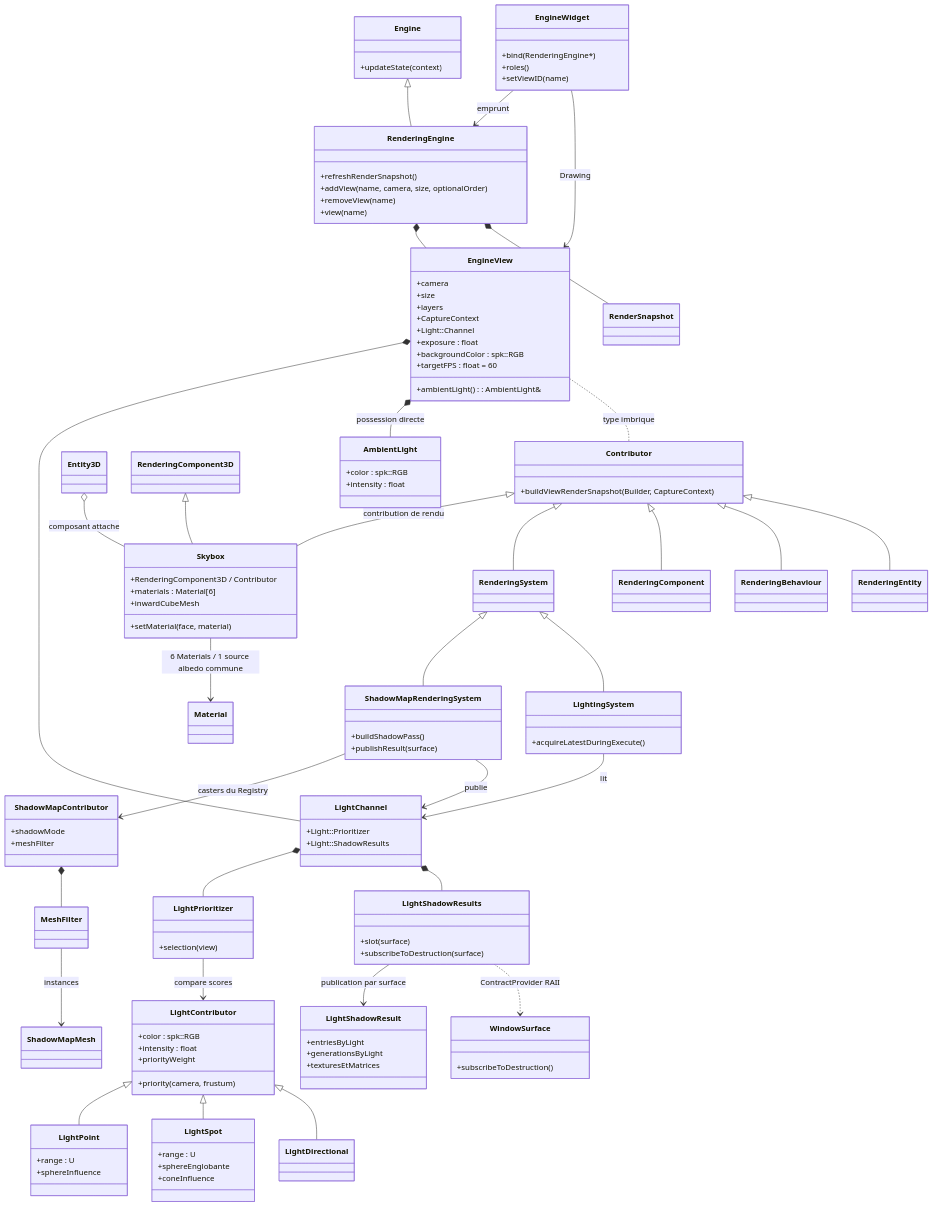
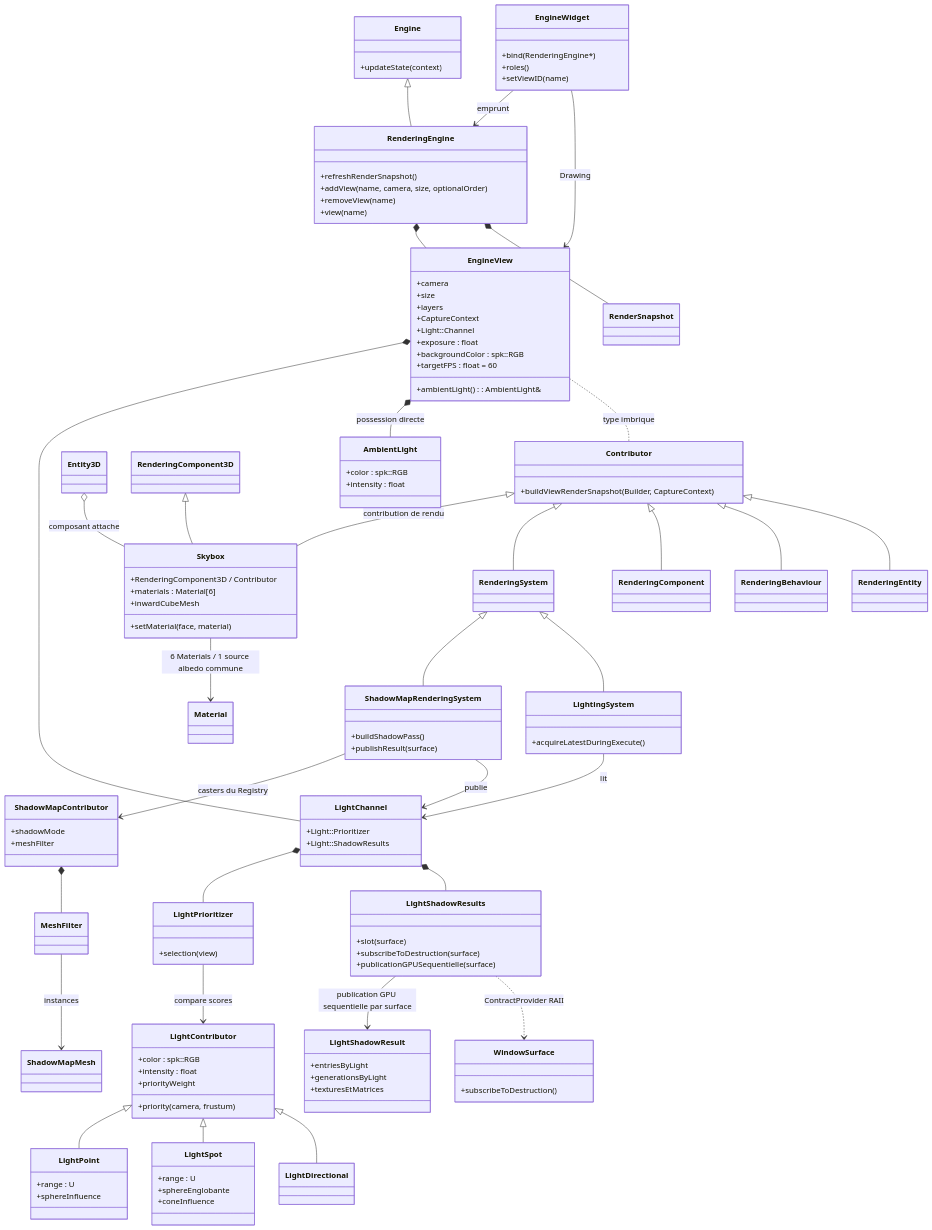
One commit to EreliaStudio/Sparkle changed the first of 10 diagrams in docs/voxel-engine-v0.1.4/07-vues-et-passes.md. Above: the diagram before and after it, drawn with Mermaid. The commit also changed other lines of this file and 5 other files, not shown here.

Commit message:
docs(v0.1.4): use single-producer shadow result publication per surface

```diff
--- a/docs/voxel-engine-v0.1.4/07-vues-et-passes.md
+++ b/docs/voxel-engine-v0.1.4/07-vues-et-passes.md
@@ -59,6 +59,7 @@
   class LightShadowResults {
     +slot(surface)
     +subscribeToDestruction(surface)
+    +publicationGPUSequentielle(surface)
   }
   class LightShadowResult {
     +entriesByLight
@@ -118,7 +119,7 @@
   Contributor <|-- RenderingEntity
   LightChannel *-- LightPrioritizer
   LightChannel *-- LightShadowResults
-  LightShadowResults --> LightShadowResult : publication par surface
+  LightShadowResults --> LightShadowResult : publication GPU sequentielle par surface
   LightShadowResults ..> WindowSurface : ContractProvider RAII
   LightContributor <|-- LightPoint
   LightContributor <|-- LightSpot
```
